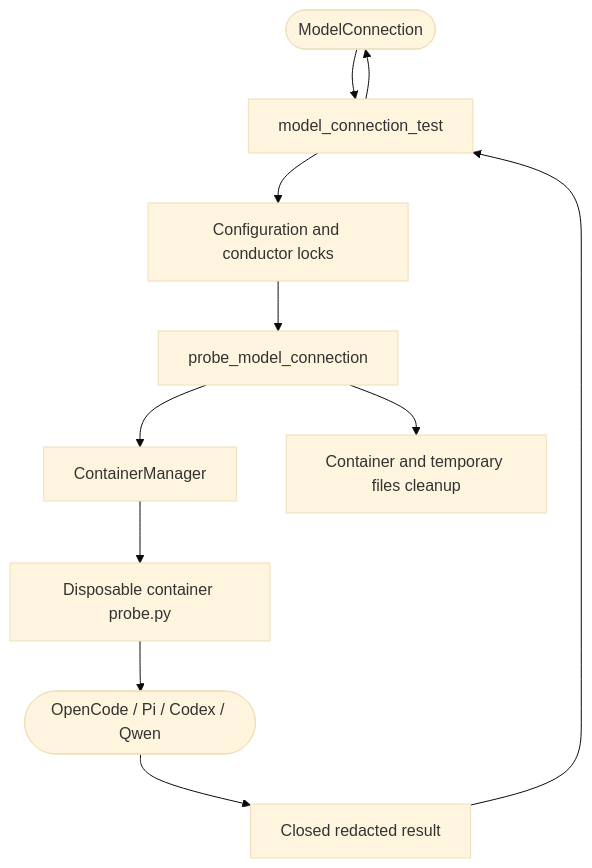
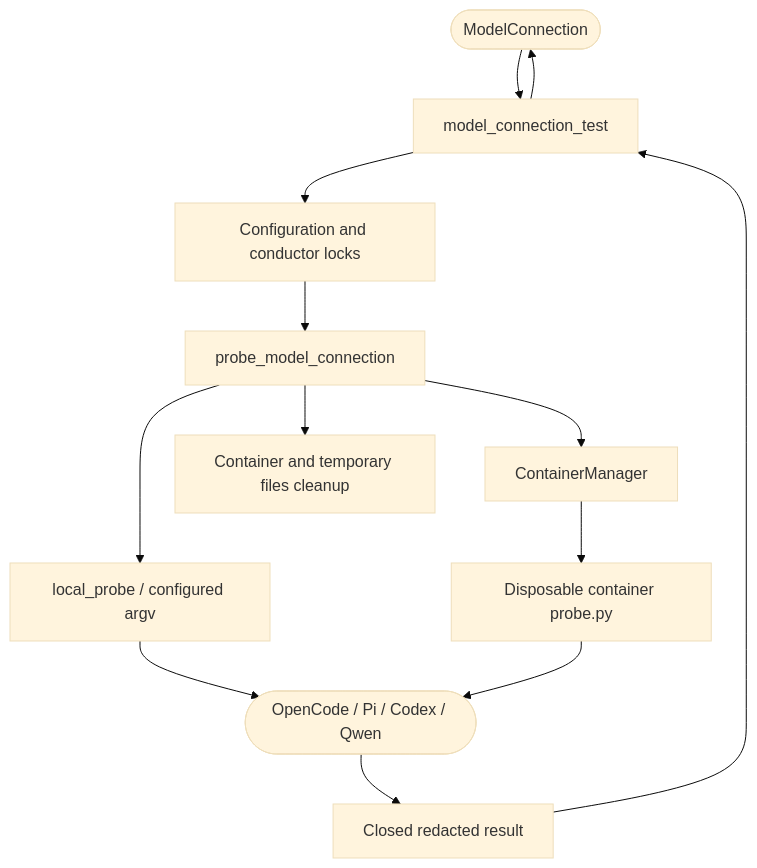
The diagram in .agentic/knowledge/model-connection.md (DDP-Engineering/AgenticDeliveryOrchestratorRuntimeEngine), drawn with Mermaid (base theme) before and after one commit. The commit also changed other lines of this file and 85 other files, not shown here.

First line of the commit message:
feat: add native local executor backend for Gitea #21

````diff
--- a/.agentic/knowledge/model-connection.md
+++ b/.agentic/knowledge/model-connection.md
@@ -35,13 +41,15 @@
 ```mermaid
 flowchart TD
     GUI([ModelConnection]) --> API[model_connection_test]
     API --> Locks[Configuration and conductor locks]
     Locks --> Probe[probe_model_connection]
     Probe --> Runtime[ContainerManager]
+    Probe --> Native[local_probe / configured argv]
+    Native --> CLI
     Runtime --> Script[Disposable container probe.py]
     Script --> CLI([OpenCode / Pi / Codex / Qwen])
     CLI --> Envelope[Closed redacted result]
     Envelope --> API
     API --> GUI
     Probe --> Cleanup[Container and temporary files cleanup]
 ```
````
